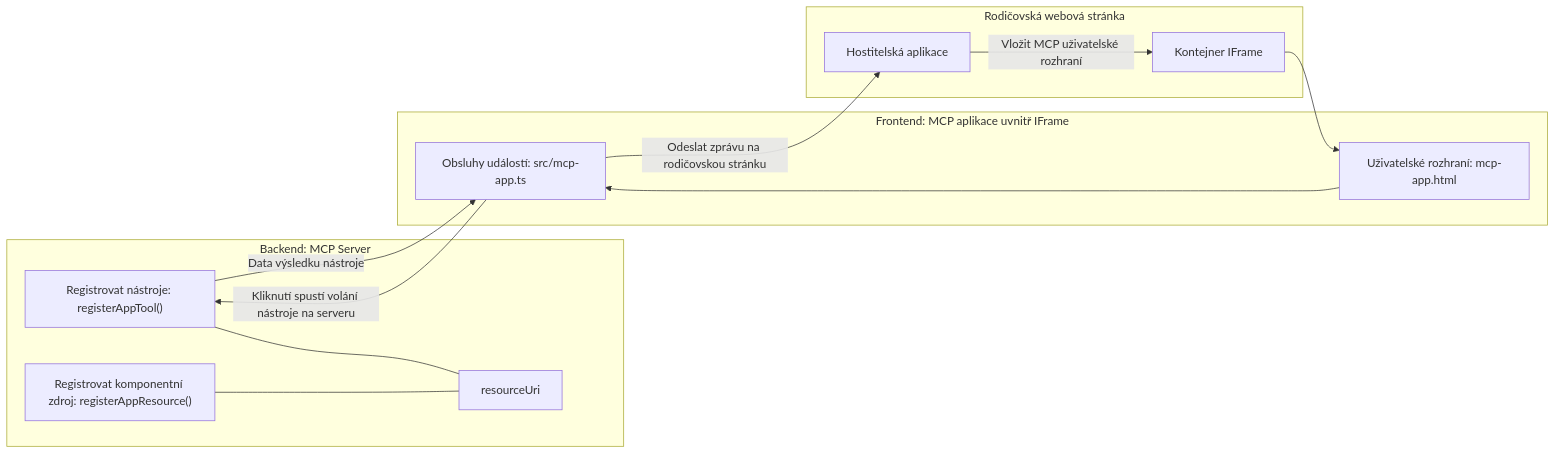
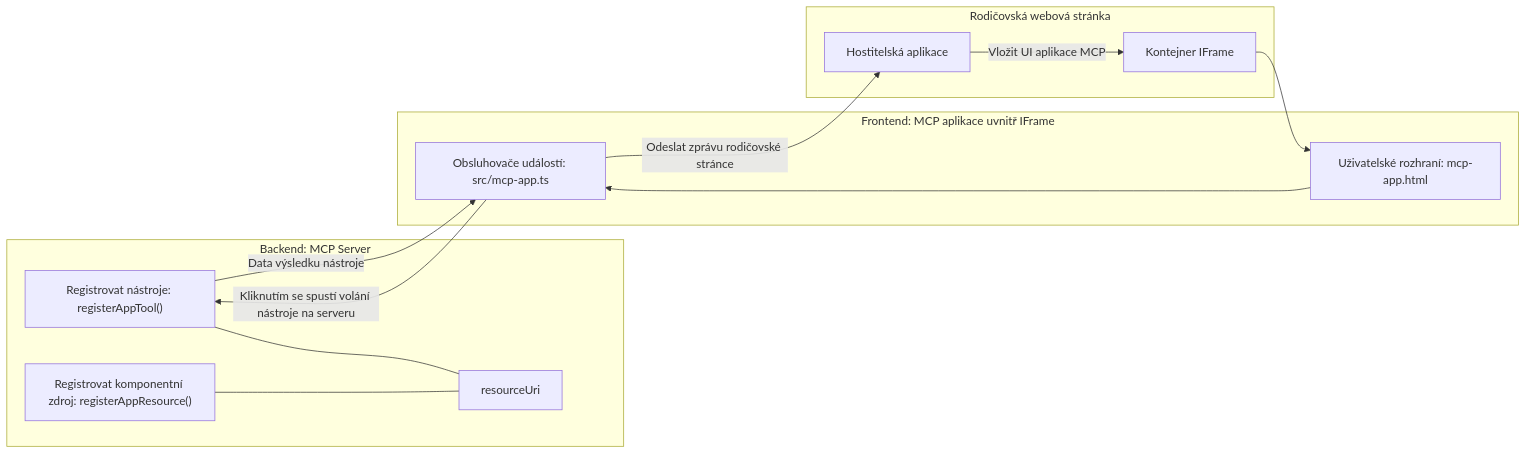
Before and after one commit to HIDORAKAI002/ai-workspace-archive: the diagram in mcp_ecosystem__model_context_protocol/mcp_learning_resources/mcp-for-beginners/translations/cs/03-GettingStarted/15-mcp-apps/README.md, drawn with Mermaid. The commit also changed other lines of this file and 1160 other files, not shown here.

````diff
--- a/mcp_ecosystem__model_context_protocol/mcp_learning_resources/mcp-for-beginners/translations/cs/03-GettingStarted/15-mcp-apps/README.md
+++ b/mcp_ecosystem__model_context_protocol/mcp_learning_resources/mcp-for-beginners/translations/cs/03-GettingStarted/15-mcp-apps/README.md
@@ -32,27 +32,27 @@
 ```mermaid
 flowchart LR
   subgraph Backend[Backend: MCP Server]
     T["Registrovat nástroje: registerAppTool()"]
     C["Registrovat komponentní zdroj: registerAppResource()"]
     U[resourceUri]
     T --- U
     C --- U
   end
 
   subgraph Parent[Rodičovská webová stránka]
     H[Hostitelská aplikace]
     IFRAME[Kontejner IFrame]
-    H -->|Vložit MCP uživatelské rozhraní| IFRAME
+    H -->|Vložit UI aplikace MCP| IFRAME
   end
 
   subgraph Frontend[Frontend: MCP aplikace uvnitř IFrame]
     UI["Uživatelské rozhraní: mcp-app.html"]
-    EH["Obsluhy událostí: src/mcp-app.ts"]
+    EH["Obsluhovače událostí: src/mcp-app.ts"]
     UI --> EH
   end
 
   IFRAME --> UI
-  EH -->|Kliknutí spustí volání nástroje na serveru| T
+  EH -->|Kliknutím se spustí volání nástroje na serveru| T
   T -->|Data výsledku nástroje| EH
-  EH -->|Odeslat zprávu na rodičovskou stránku| H
-```
+  EH -->|Odeslat zprávu rodičovské stránce| H
+```  
````
